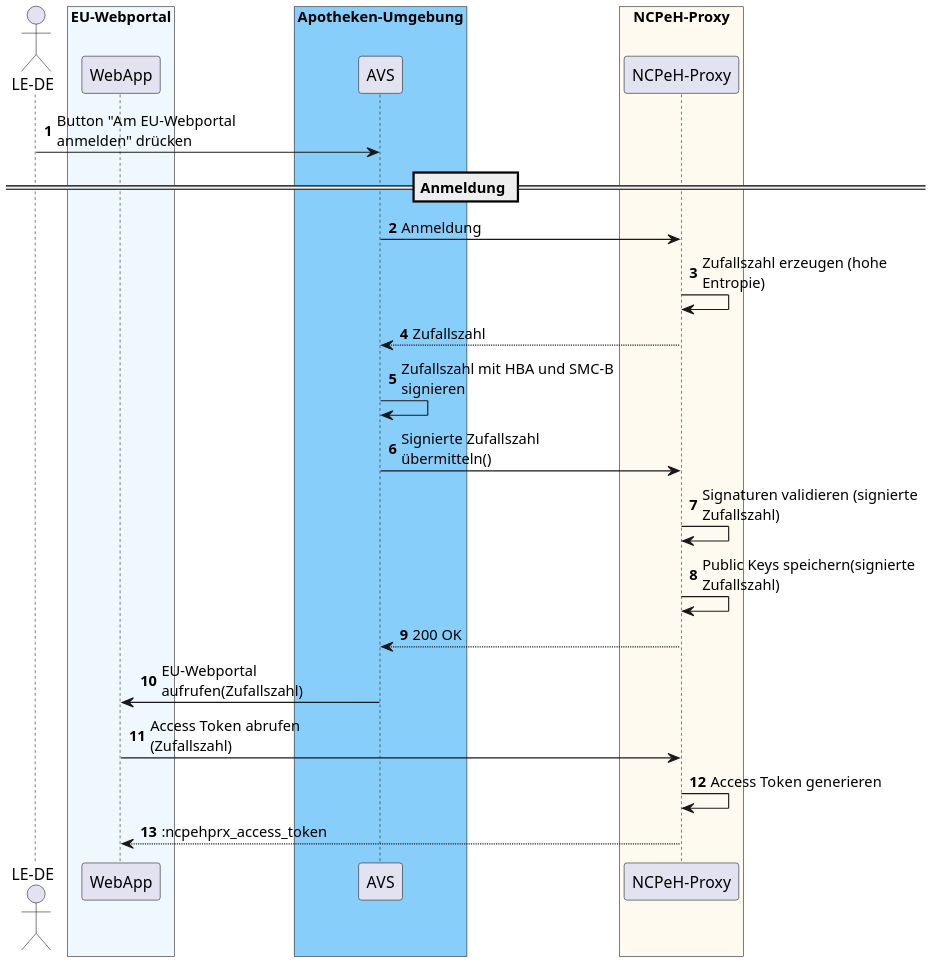
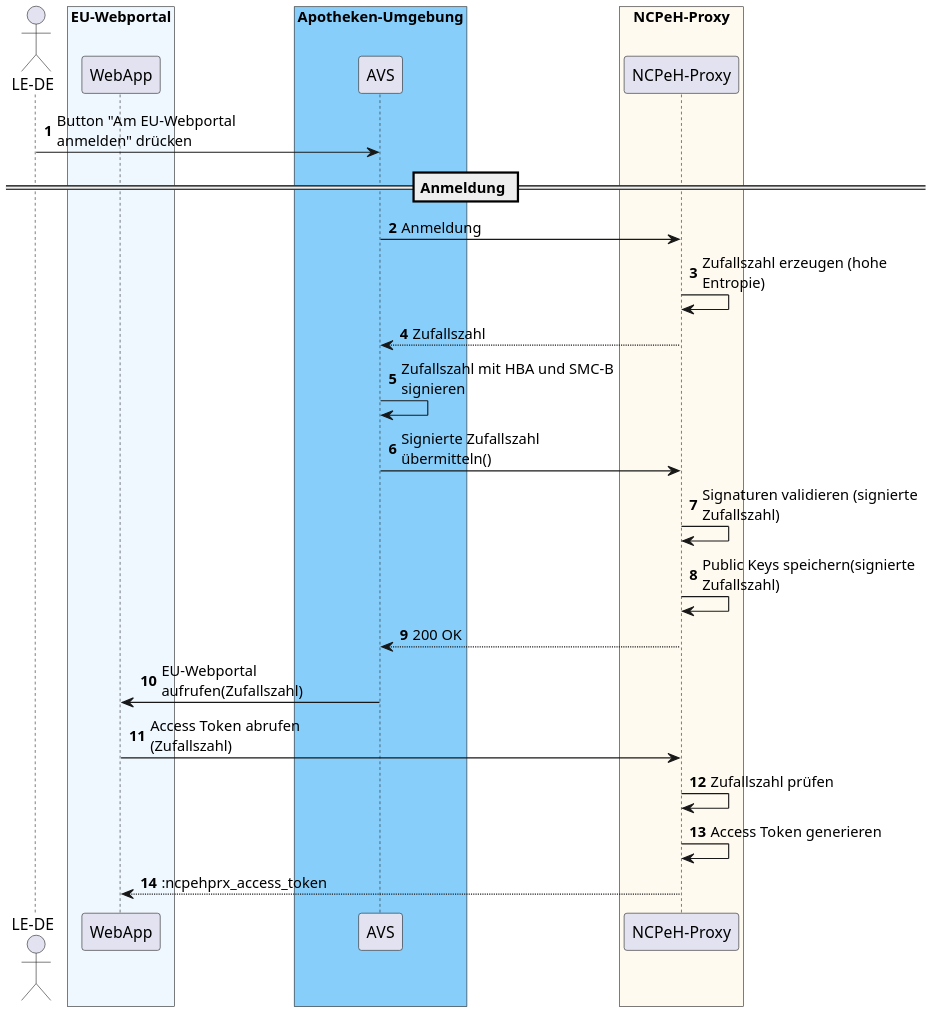
The diagram in src/images/feature/eped-b/auth/auth_seq-alternative4c.puml (gematik/api-ncpeh), drawn with PlantUML before and after one commit. The commit also changed 1 other file, not shown here.

```diff
--- a/src/images/feature/eped-b/auth/auth_seq-alternative4c.puml
+++ b/src/images/feature/eped-b/auth/auth_seq-alternative4c.puml
@@ -1,45 +1,46 @@
 @startuml
 !pragma PLS 8192
 
 skinparam maxMessageSize 200
 autonumber
 hide unlinked
 scale 1625 width
 
 actor "LE-DE" as User
 box "EU-Webportal" #AliceBlue
     participant "WebApp" as WebApp
 end box
 box "Apotheken-Umgebung" #LightSkyBlue
     participant "AVS" as AVS
 end box
 box "NCPeH-Proxy" #FloralWhite
     participant "NCPeH-Proxy" as Proxy
 end box
 
 
 
 User -> AVS: Button "Am EU-Webportal anmelden" drücken
 
 == Anmeldung ==
 
 AVS -> Proxy: Anmeldung
 Proxy -> Proxy: Zufallszahl erzeugen (hohe Entropie)
 
 Proxy --> AVS: Zufallszahl
 
 AVS -> AVS: Zufallszahl mit HBA und SMC-B signieren
 
 AVS -> Proxy: Signierte Zufallszahl übermitteln()
 
 Proxy -> Proxy: Signaturen validieren (signierte Zufallszahl)
 Proxy -> Proxy: Public Keys speichern(signierte Zufallszahl)
 Proxy --> AVS: 200 OK
 
 AVS -> WebApp: EU-Webportal aufrufen(Zufallszahl)
 
 WebApp -> Proxy: Access Token abrufen (Zufallszahl)
+Proxy -> Proxy: Zufallszahl prüfen
 Proxy -> Proxy: Access Token generieren
 Proxy --> WebApp: :ncpehprx_access_token
 
 @enduml
```
